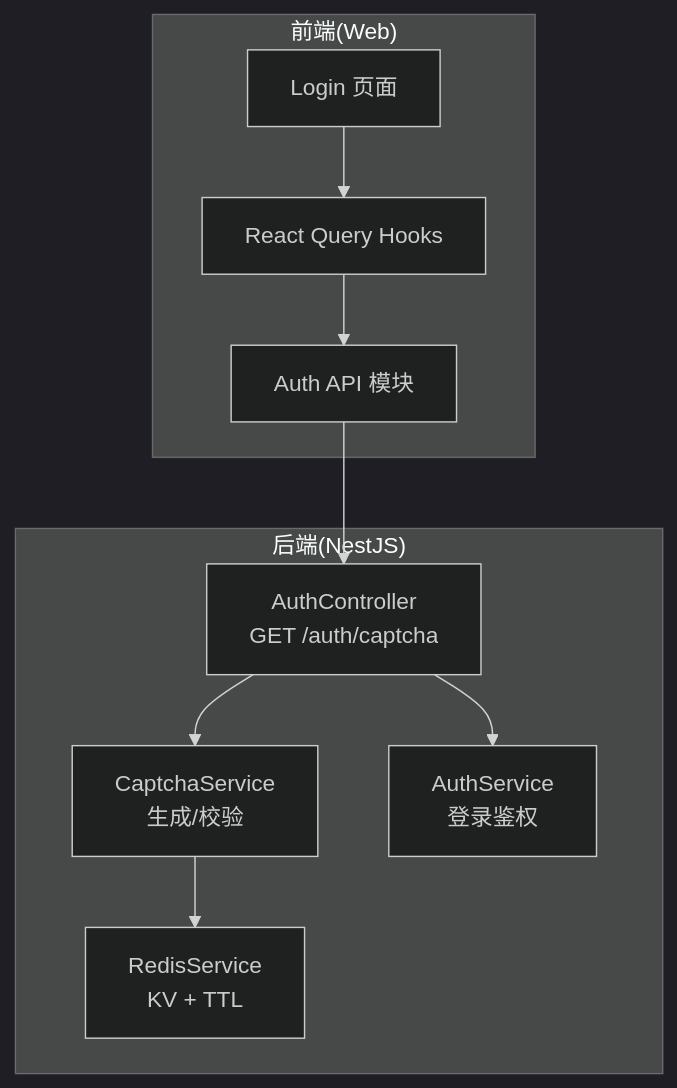
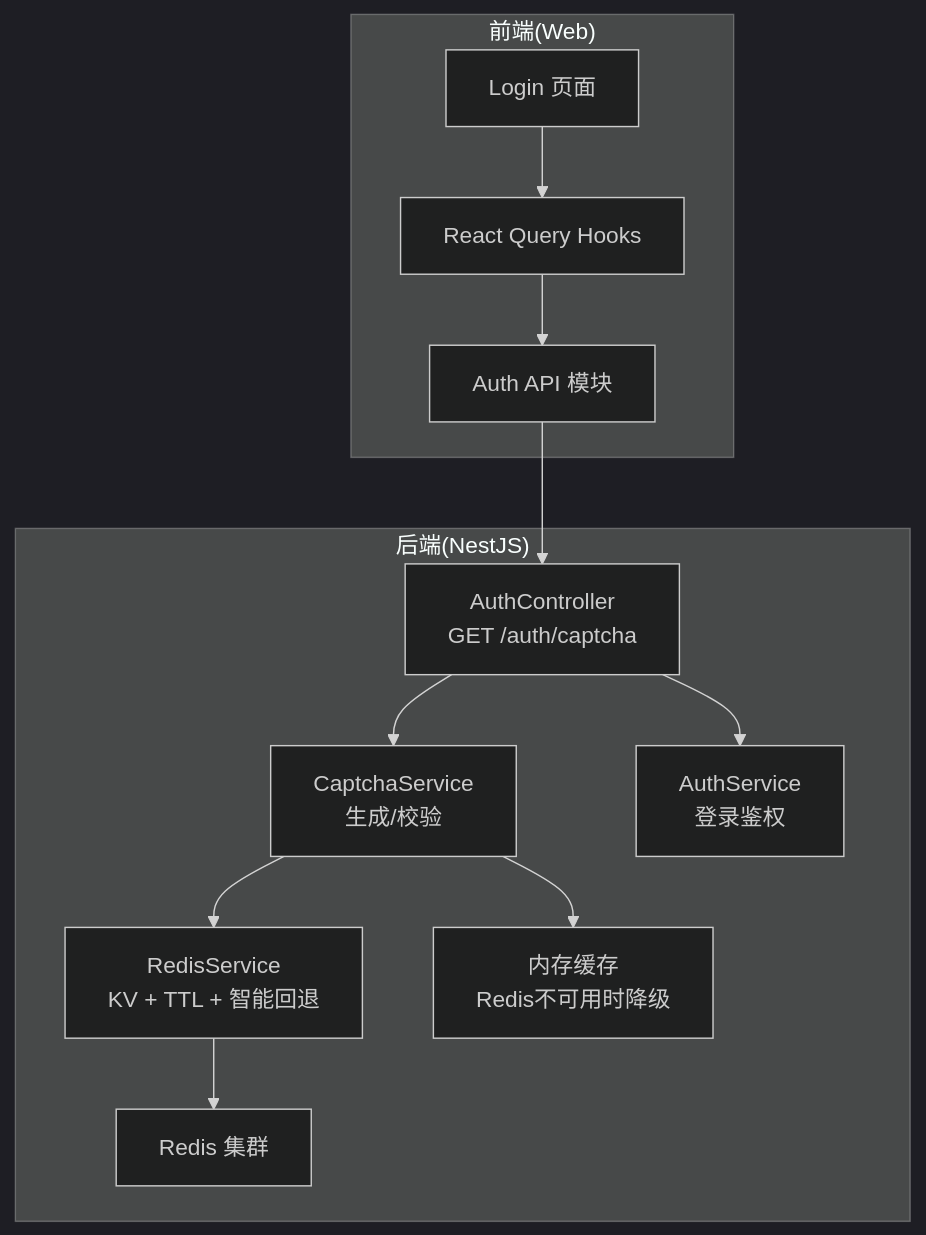
The first of 8 diagrams in .qoder/repowiki/zh/content/后端系统/认证授权系统/验证码系统.md (translateServers/nodes-stack), drawn with Mermaid (dark theme) before and after one commit. The commit also changed other lines of this file and 8 other files, not shown here.

````diff
--- a/.qoder/repowiki/zh/content/后端系统/认证授权系统/验证码系统.md
+++ b/.qoder/repowiki/zh/content/后端系统/认证授权系统/验证码系统.md
@@ -40,13 +48,15 @@
 ```mermaid
 graph TB
 subgraph "后端(NestJS)"
 AC["AuthController<br/>GET /auth/captcha"] --> CS["CaptchaService<br/>生成/校验"]
-CS --> RS["RedisService<br/>KV + TTL"]
+CS --> RS["RedisService<br/>KV + TTL + 智能回退"]
+RS --> RC["Redis 集群"]
+CS --> MC["内存缓存<br/>Redis不可用时降级"]
 AC --> AS["AuthService<br/>登录鉴权"]
 end
 subgraph "前端(Web)"
 LP["Login 页面"] --> Hooks["React Query Hooks"]
 Hooks --> API["Auth API 模块"]
 API --> AC
 end
 ```
````
